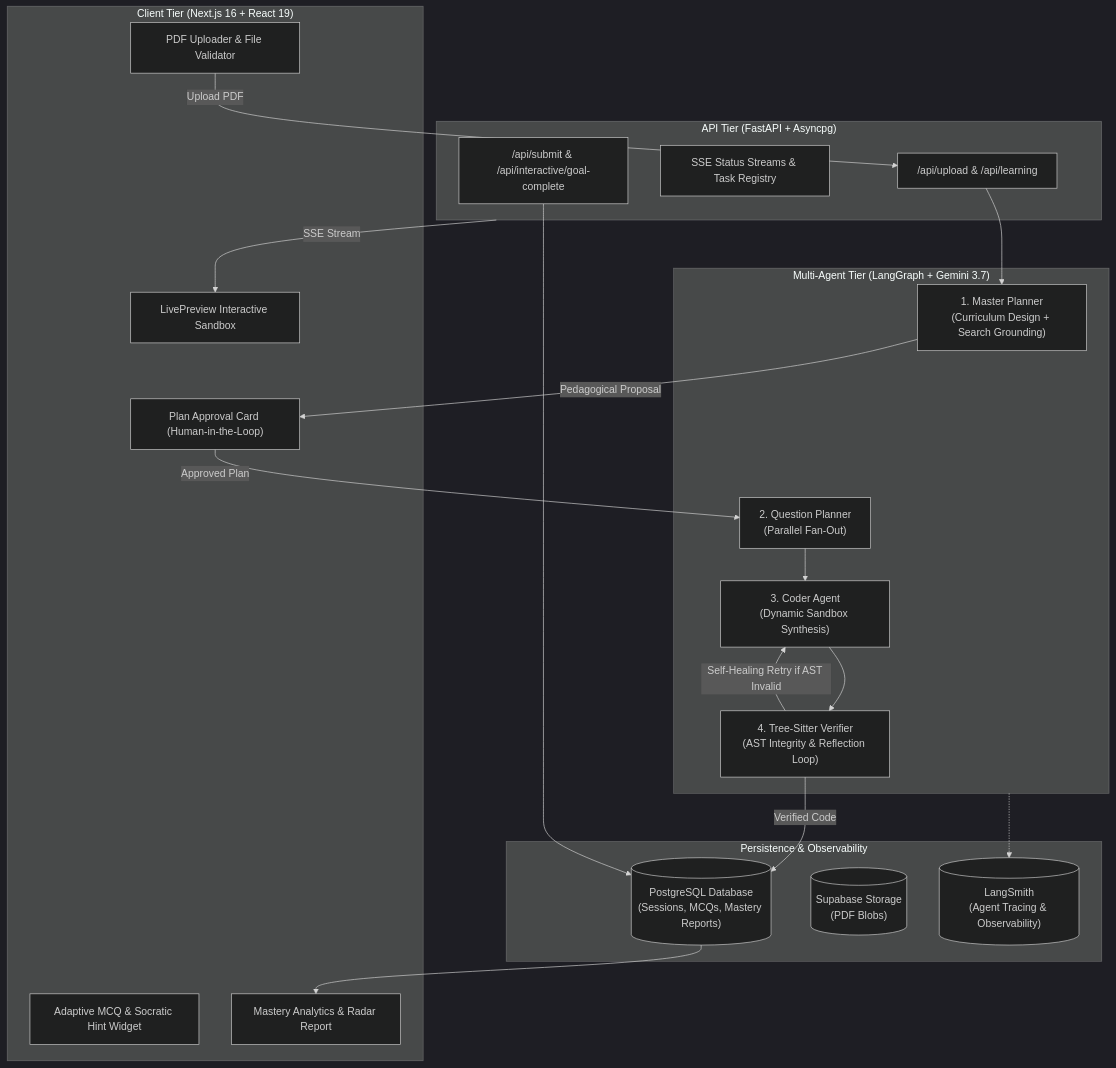
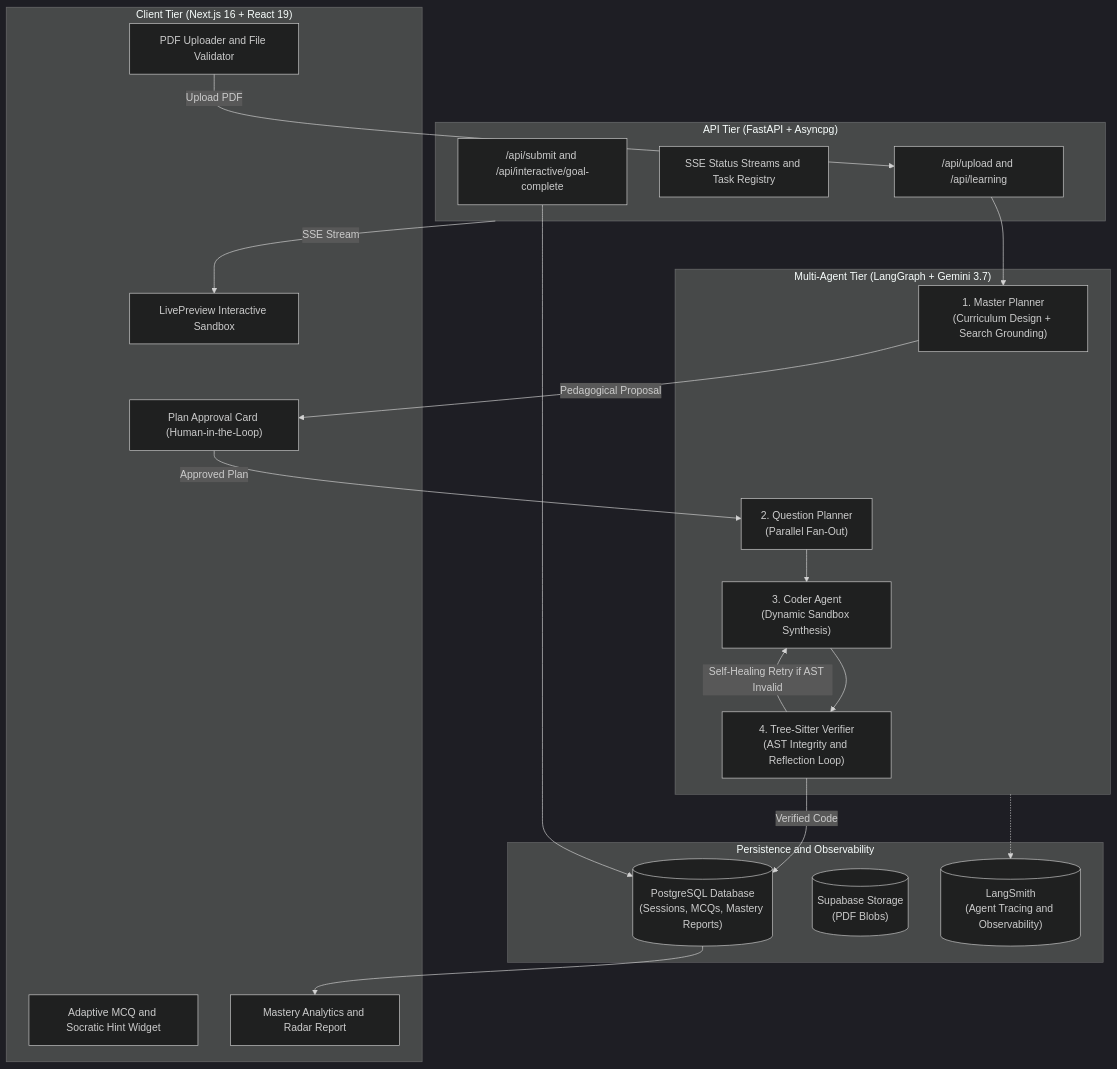
Before and after one commit to Kaos599/QuizLoop: the diagram in README.md, drawn with Mermaid (dark theme). The commit also changed other lines of this file and 6 other files, not shown here.

````diff
--- a/README.md
+++ b/README.md
@@ -36,42 +36,42 @@
 ```mermaid
 flowchart TD
     subgraph Client ["Client Tier (Next.js 16 + React 19)"]
-        UploadUI["PDF Uploader & File Validator"]
+        UploadUI["PDF Uploader and File Validator"]
         HITL["Plan Approval Card (Human-in-the-Loop)"]
-        QuizUI["Adaptive MCQ & Socratic Hint Widget"]
+        QuizUI["Adaptive MCQ and Socratic Hint Widget"]
         SandboxUI["LivePreview Interactive Sandbox"]
-        MasteryUI["Mastery Analytics & Radar Report"]
+        MasteryUI["Mastery Analytics and Radar Report"]
     end
 
     subgraph Backend ["API Tier (FastAPI + Asyncpg)"]
-        UploadAPI["/api/upload & /api/learning"]
-        StreamAPI["SSE Status Streams & Task Registry"]
-        SubmissionAPI["/api/submit & /api/interactive/goal-complete"]
+        UploadAPI["/api/upload and /api/learning"]
+        StreamAPI["SSE Status Streams and Task Registry"]
+        SubmissionAPI["/api/submit and /api/interactive/goal-complete"]
     end
 
     subgraph MultiAgent ["Multi-Agent Tier (LangGraph + Gemini 3.7)"]
         MasterPlan["1. Master Planner\n(Curriculum Design + Search Grounding)"]
         QuestionPlan["2. Question Planner\n(Parallel Fan-Out)"]
         Coder["3. Coder Agent\n(Dynamic Sandbox Synthesis)"]
-        Verifier["4. Tree-Sitter Verifier\n(AST Integrity & Reflection Loop)"]
+        Verifier["4. Tree-Sitter Verifier\n(AST Integrity and Reflection Loop)"]
     end
 
-    subgraph Persistence ["Persistence & Observability"]
+    subgraph Persistence ["Persistence and Observability"]
         Postgres[("PostgreSQL Database\n(Sessions, MCQs, Mastery Reports)")]
         SupabaseStorage[("Supabase Storage\n(PDF Blobs)")]
-        LangSmith[("LangSmith\n(Agent Tracing & Observability)")]
+        LangSmith[("LangSmith\n(Agent Tracing and Observability)")]
     end
 
     UploadUI -->|Upload PDF| UploadAPI
     UploadAPI --> MasterPlan
     MasterPlan -->|Pedagogical Proposal| HITL
     HITL -->|Approved Plan| QuestionPlan
     QuestionPlan --> Coder
     Coder --> Verifier
     Verifier -->|Self-Healing Retry if AST Invalid| Coder
     Verifier -->|Verified Code| Postgres
     Backend -->|SSE Stream| SandboxUI
     SubmissionAPI --> Postgres
     Postgres --> MasteryUI
     MultiAgent -.-> LangSmith
 ```
````
